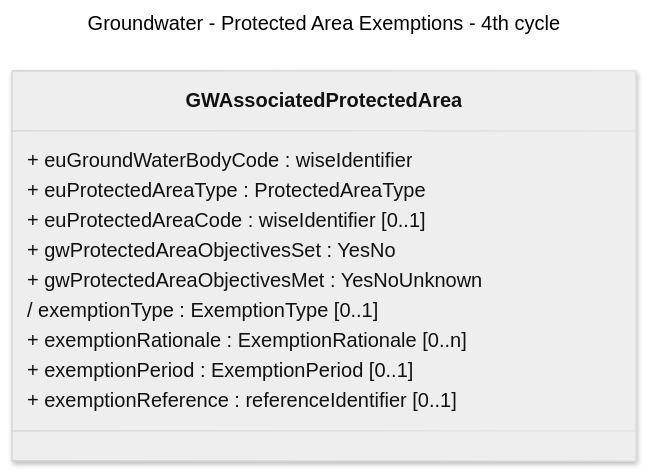
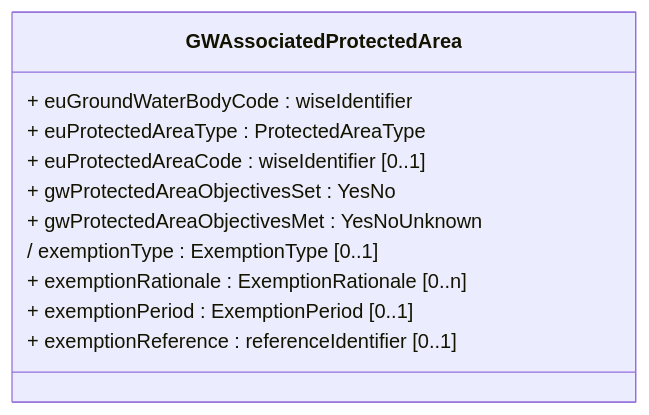
One commit to eeadata/WISE.WFD.Documentation changed the eighth of 9 diagrams in docs/DataModelReview/WFDExemptions.md. Above: the diagram before and after it, drawn with Mermaid. The commit also changed other lines of this file and 7 other files, not shown here.

Commit message:
Proposed changes for the WFD Exemptions - now with the diagrams.

````diff
--- a/docs/DataModelReview/WFDExemptions.md
+++ b/docs/DataModelReview/WFDExemptions.md
@@ -441,23 +270,17 @@
 ```{mermaid}
----
-config:
-  class:
-    hideEmptyMembersBox: true
-  layout: dagre
-  theme: neutral
-  look: neo
-title: Groundwater - Protected Area Exemptions - 4th cycle
----
+:name: GWAssociatedProtectedAreaClass
+:caption: Groundwater Body - Associated Protected Area Exemption - 4th cycle
+:align: center
 classDiagram
 class GWAssociatedProtectedArea{
 	+ euGroundWaterBodyCode : wiseIdentifier
 	+ euProtectedAreaType : ProtectedAreaType
 	+ euProtectedAreaCode : wiseIdentifier [0..1]
 	+ gwProtectedAreaObjectivesSet : YesNo
 	+ gwProtectedAreaObjectivesMet : YesNoUnknown
 	/ exemptionType : ExemptionType [0..1]
 	+ exemptionRationale : ExemptionRationale [0..n]
 	+ exemptionPeriod : ExemptionPeriod [0..1]
 	+ exemptionReference : referenceIdentifier [0..1]
 	   } 
 ```
````
